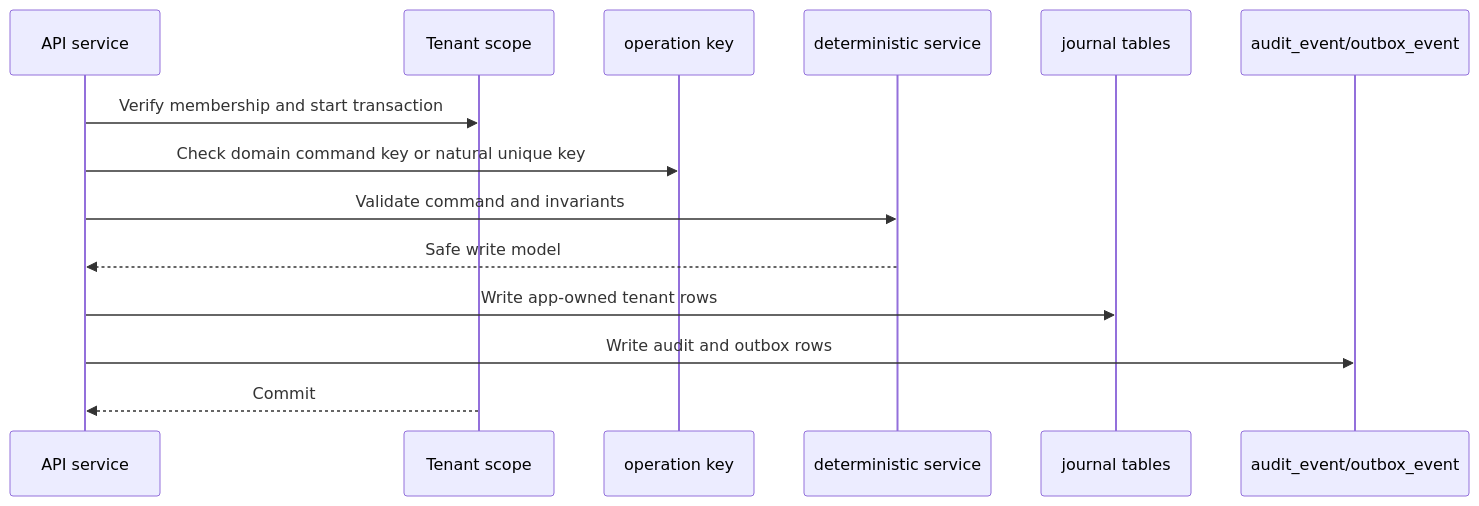
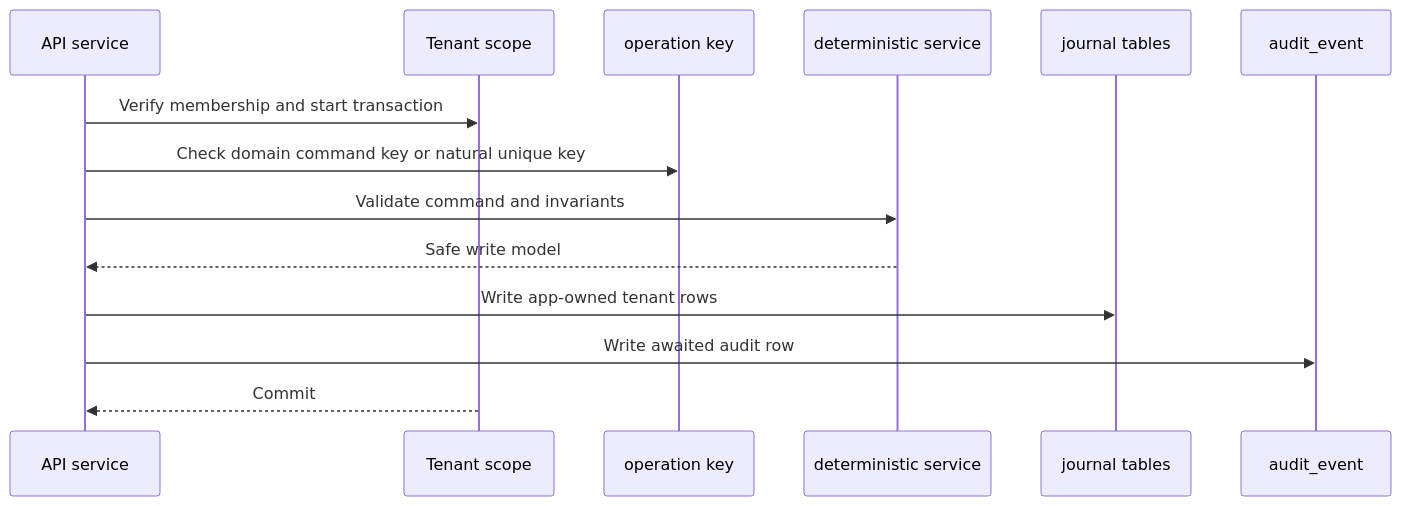
Before and after one commit to isherbuilds/edernal-books: the second of 2 diagrams in docs/superpowers/plans/2026-06-17-accounting-foundation-schema-revision-plan.md, drawn with Mermaid. The commit also changed other lines of this file and 110 other files, not shown here.

````diff
--- a/docs/superpowers/plans/2026-06-17-accounting-foundation-schema-revision-plan.md
+++ b/docs/superpowers/plans/2026-06-17-accounting-foundation-schema-revision-plan.md
@@ -109,17 +119,17 @@
 ```mermaid
 sequenceDiagram
   participant API as API service
   participant Scope as Tenant scope
   participant Idem as operation key
   participant Domain as deterministic service
   participant Ledger as journal tables
-  participant Events as audit_event/outbox_event
+  participant Audit as audit_event
 
   API->>Scope: Verify membership and start transaction
   API->>Idem: Check domain command key or natural unique key
   API->>Domain: Validate command and invariants
   Domain-->>API: Safe write model
   API->>Ledger: Write app-owned tenant rows
-  API->>Events: Write audit and outbox rows
+  API->>Audit: Write awaited audit row
   Scope-->>API: Commit
 ```
````
